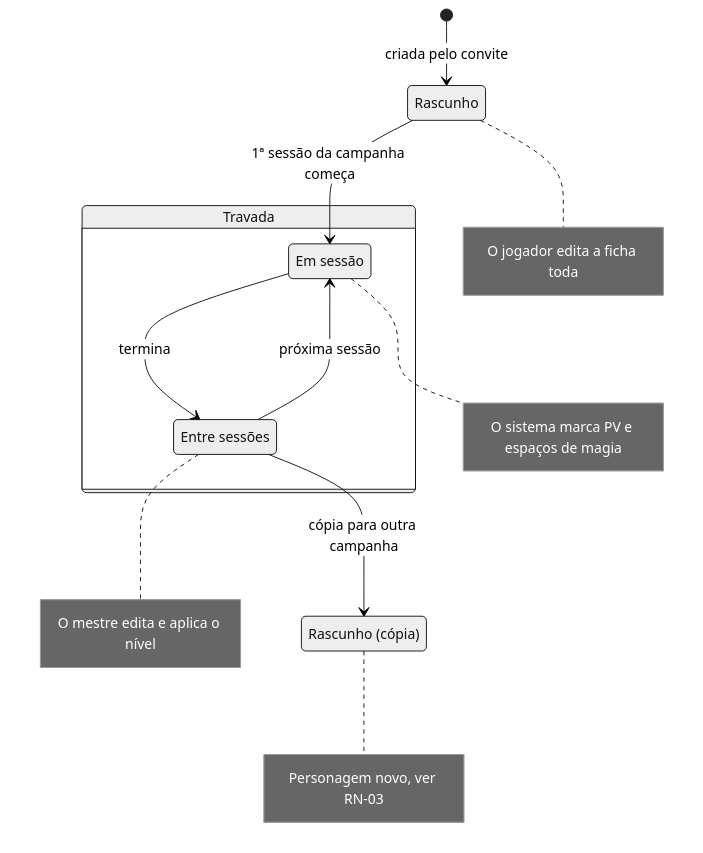
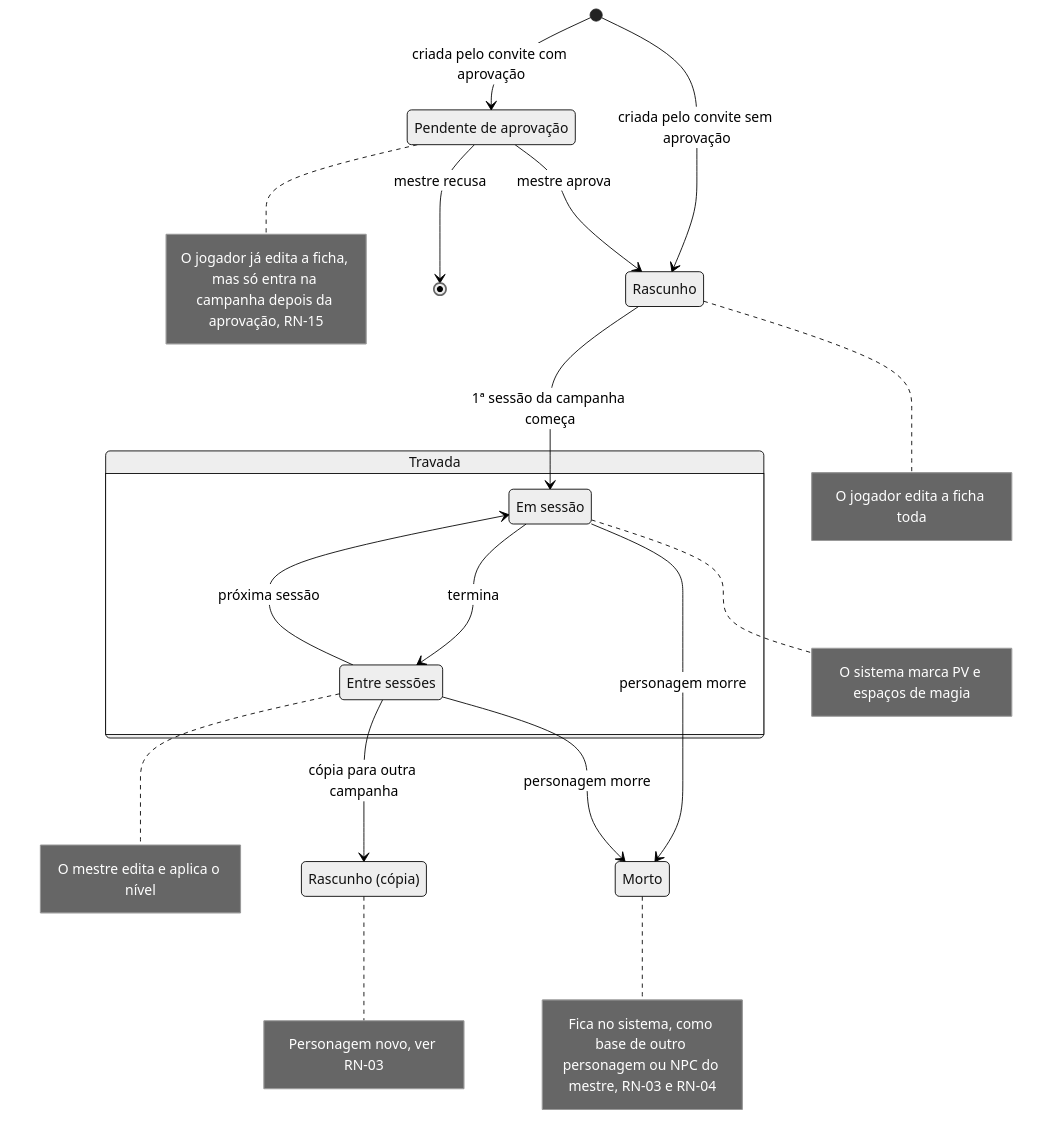
One commit to PuraFome/meuRPG changed the first of 2 diagrams in docs/produto/regras.md. Above: the diagram before and after it, drawn with Mermaid (neutral theme). The commit also changed other lines of this file and 8 other files, not shown here.

````diff
--- a/docs/produto/regras.md
+++ b/docs/produto/regras.md
@@ -33,21 +37,30 @@
 ```mermaid
 stateDiagram-v2
+    state "Pendente de aprovação" as Pendente
     state "Rascunho" as Rascunho
     state "Rascunho (cópia)" as RascunhoCopia
+    state "Morto" as Morto
 
     state Travada {
         state "Em sessão" as EmSessao
         state "Entre sessões" as EntreSessoes
         EmSessao --> EntreSessoes : termina
         EntreSessoes --> EmSessao : próxima sessão
     }
 
-    [*] --> Rascunho : criada pelo convite
+    [*] --> Pendente : criada pelo convite com aprovação
+    [*] --> Rascunho : criada pelo convite sem aprovação
+    Pendente --> Rascunho : mestre aprova
+    Pendente --> [*] : mestre recusa
     Rascunho --> EmSessao : 1ª sessão da campanha começa
     EntreSessoes --> RascunhoCopia : cópia para outra campanha
+    EmSessao --> Morto : personagem morre
+    EntreSessoes --> Morto : personagem morre
 
+    note right of Pendente : O jogador já edita a ficha, mas só entra na campanha depois da aprovação, RN-15
     note right of Rascunho : O jogador edita a ficha toda
     note right of EmSessao : O sistema marca PV e espaços de magia
     note right of EntreSessoes : O mestre edita e aplica o nível
     note right of RascunhoCopia : Personagem novo, ver RN-03
+    note right of Morto : Fica no sistema, como base de outro personagem ou NPC do mestre, RN-03 e RN-04
 ```
````
